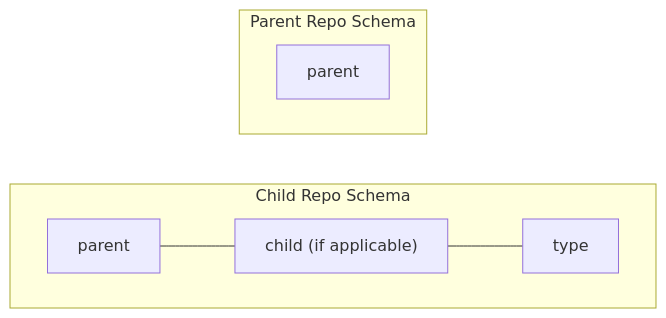
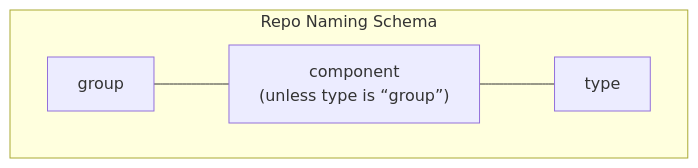
One commit to balena-io-hardware/meta-hardwareProcess-doc changed the first of 2 diagrams in docs/02-product-naming-strategy.md. Above: the diagram before and after it, drawn with Mermaid. The commit also changed other lines of this file, not shown here.

First line of the commit message:
patch: describe as-built naming scheme

````diff
--- a/docs/02-product-naming-strategy.md
+++ b/docs/02-product-naming-strategy.md
@@ -15,13 +70,9 @@
 ```mermaid
 flowchart LR
 
-    subgraph Child Repo Schema
+    subgraph Repo Naming Schema
         direction LR
-        parent --- B["child<br\> (if applicable)"] --- type
+        group --- B["component<br /> (unless type is #8220;group#8221;)"] --- type
     end
 
-    subgraph Parent Repo Schema
-        direction LR
-        F[parent]
-    end
 ```
````
